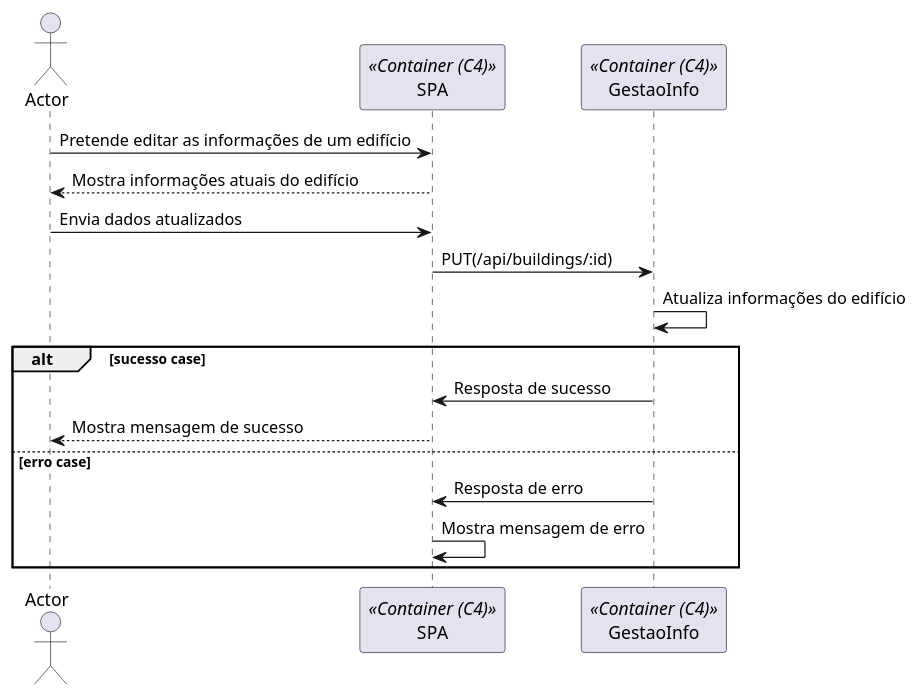
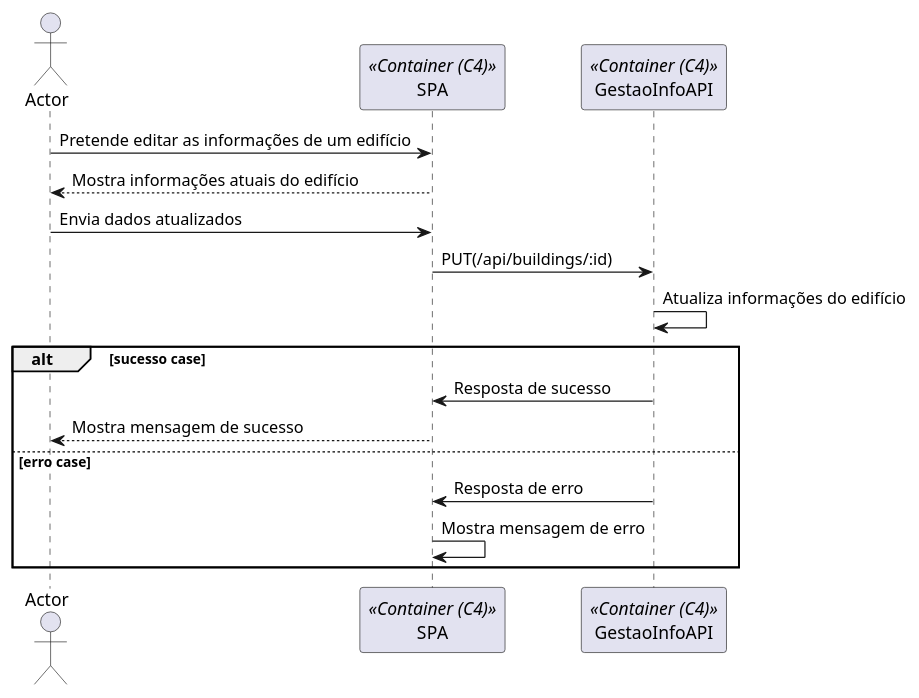
The diagram in docs/Nivel2/N2_US200.puml (ruben1132/PI5_23-24), drawn with PlantUML before and after one commit. The commit also changed 13 other files, not shown here.

Commit message:
#1 #2 #3 #5 #9 #20 diagramas nivel 2

```diff
--- a/docs/Nivel2/N2_US200.puml
+++ b/docs/Nivel2/N2_US200.puml
@@ -1,23 +1,23 @@
 @startuml
 
 actor Actor as Actor
 participant "SPA" as Container <<Container (C4)>>
-participant "GestaoInfo" as Armazem <<Container (C4)>>
+participant "GestaoInfoAPI" as API <<Container (C4)>>
 
 Actor -> Container: Pretende editar as informações de um edifício
 Container --> Actor: Mostra informações atuais do edifício
 
 Actor -> Container: Envia dados atualizados
 
-Container -> Armazem: PUT(/api/buildings/:id)
-Armazem -> Armazem: Atualiza informações do edifício
+Container -> API: PUT(/api/buildings/:id)
+API -> API: Atualiza informações do edifício
 
 alt sucesso case
-    Armazem -> Container: Resposta de sucesso
+    API -> Container: Resposta de sucesso
     Container --> Actor: Mostra mensagem de sucesso
 else erro case
-    Armazem -> Container: Resposta de erro
+    API -> Container: Resposta de erro
     Container -> Container: Mostra mensagem de erro
 end
 
 @enduml
```
